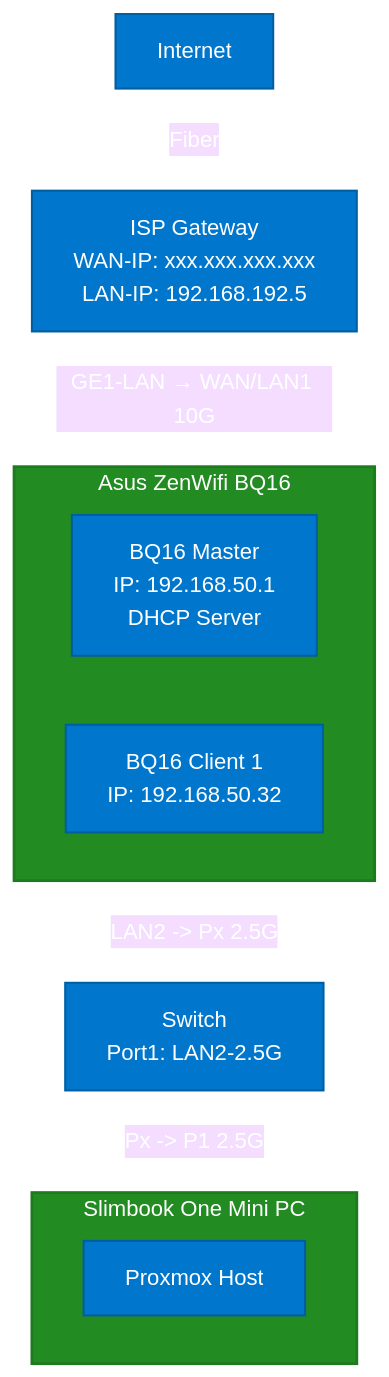
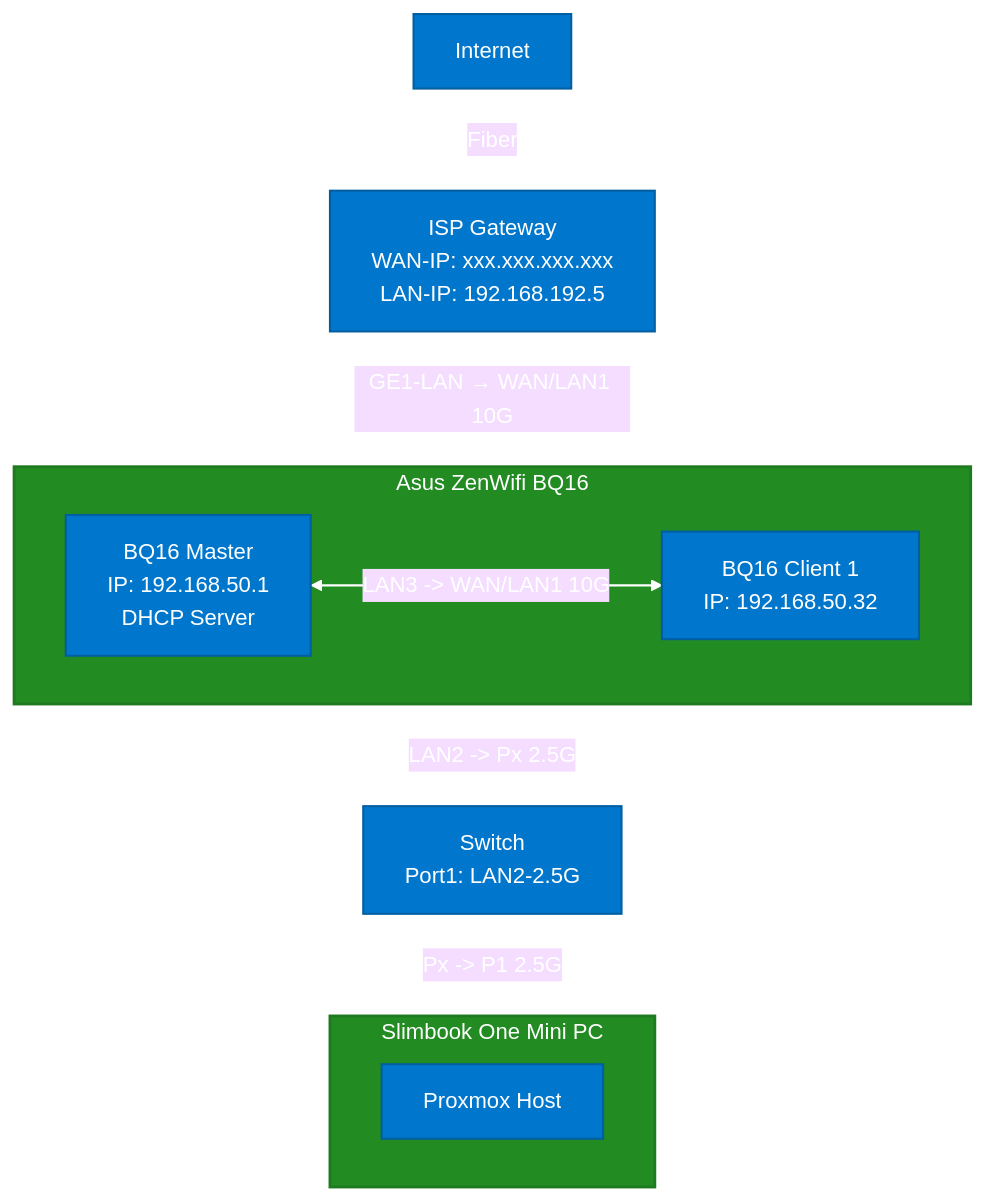
One commit to lukkeutgens/Homelab changed the diagram in Research/architecture.md. Above: the diagram before and after it, drawn with Mermaid (base theme).

````diff
--- a/Research/architecture.md
+++ b/Research/architecture.md
@@ -4,34 +4,35 @@
 ```mermaid
 flowchart TD
     A[Internet] <-->|Fiber| B[ISP Gateway<br/>WAN-IP: xxx.xxx.xxx.xxx<br/>LAN-IP: 192.168.192.5]
     B <-->|GE1-LAN → WAN/LAN1 10G| ZW
 
     %% ZenWifi groep met horizontale layout
     subgraph ZW [Asus ZenWifi BQ16]
         direction LR
         C[BQ16 Master<br/>IP: 192.168.50.1<br/>DHCP Server]
         D[BQ16 Client 1<br/>IP: 192.168.50.32]
+        C <--> | LAN3 -> WAN/LAN1 10G | D
     end
 
     %% Switch onder Master
     C <-->|LAN2 -> Px 2.5G| S[Switch<br/>Port1: LAN2-2.5G]
     S <-->|Px -> P1 2.5G| SLIM[Mini PC: Slimbook One<br/>IP: 192.168.50.x<br/>OS: Proxmox]
 
     %% Slimbook groep
     subgraph SLIM [Slimbook One Mini PC]
         P[Proxmox Host]
         %% Hier komen later de VM's
     end
 
     %% Styling
     style A fill:#0077cc,color:#ffffff,stroke:#005fa3,stroke-width:1.5px
     style B fill:#0077cc,color:#ffffff,stroke:#005fa3,stroke-width:1.5px
     style C fill:#0077cc,color:#ffffff,stroke:#005fa3,stroke-width:1.5px
     style D fill:#0077cc,color:#ffffff,stroke:#005fa3,stroke-width:1.5px
     style S fill:#0077cc,color:#ffffff,stroke:#005fa3,stroke-width:1.5px
     style SLIM fill:#228b22,color:#ffffff,stroke:#1e7a1e,stroke-width:2px
     style ZW fill:#228b22,color:#ffffff,stroke:#1e7a1e,stroke-width:2px
     style P fill:#0077cc,color:#ffffff,stroke:#005fa3,stroke-width:1.5px
 
     linkStyle default stroke:#ffffff,stroke-width:1.5px,color:#ffffff
 ```
````
